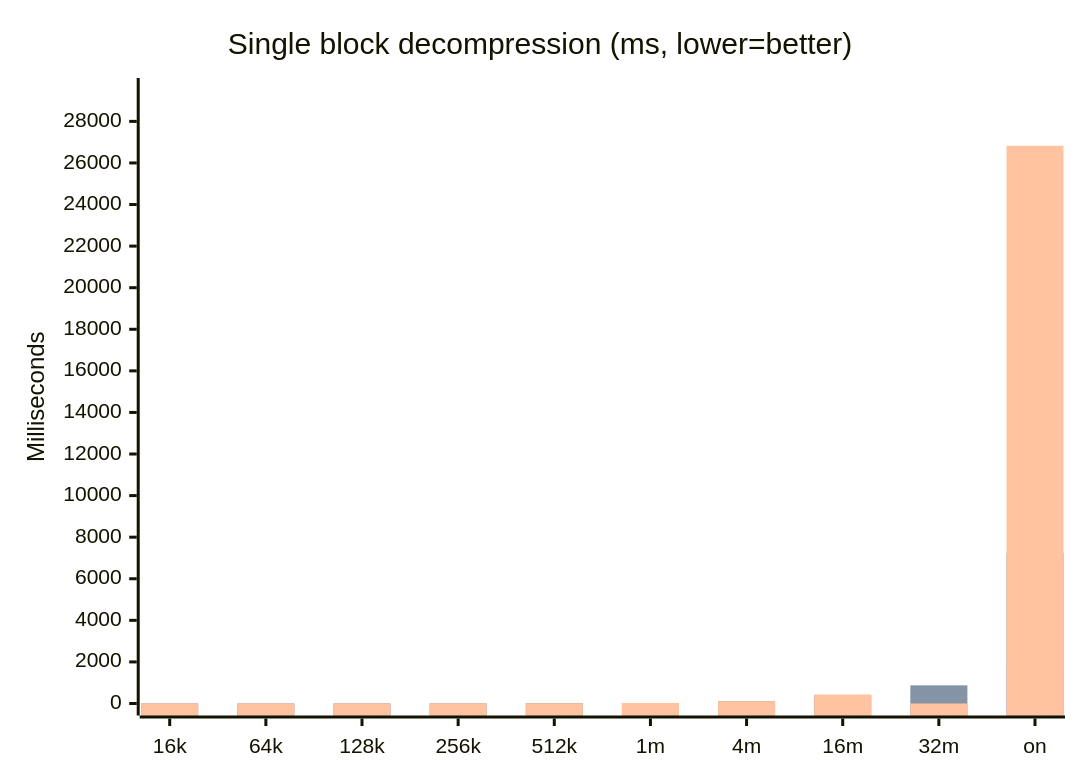
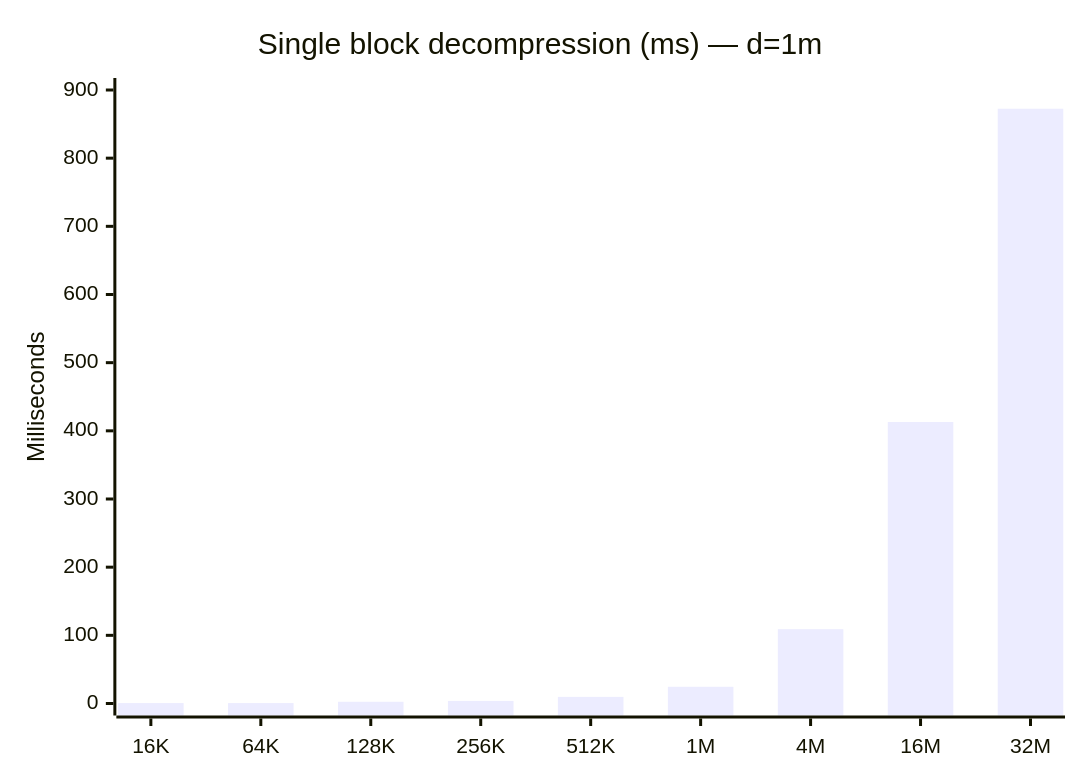
Before and after one commit to alfishe/7z-experiments: the second of 3 diagrams in 7z-benchmark/bench_report.md, drawn with Mermaid. The commit also changed other lines of this file and 1 other file, not shown here.

Commit message:
docs: fix mermaid syntax (inf values, missing data), add dictionary dependency graphs

````diff
--- a/7z-benchmark/bench_report.md
+++ b/7z-benchmark/bench_report.md
@@ -97,9 +95,7 @@
 ```mermaid
 xychart-beta
-    title "Single block decompression (ms, lower=better)"
-    x-axis ["16k", "64k", "128k", "256k", "512k", "1m", "4m", "16m", "32m", "on"]
-    y-axis "Milliseconds" 0 --> 29509
-    bar [0.0, 0.0, 0.0, 3.9, 9.0, 22.9, 97.4, 384.5, 847.9, 1693.1]
-    bar [0.6, 0.6, 2.5, 3.8, 9.7, 24.5, 109.0, 412.9, 872.5, 7250.6]
-    bar [0.5, 0.5, 2.6, 4.0, 9.4, 24.0, 107.8, 428.1, 0.0, 26826.3]
+    title "Single block decompression (ms) — d=1m"
+    x-axis ["16K", "64K", "128K", "256K", "512K", "1M", "4M", "16M", "32M"]
+    y-axis "Milliseconds" 0 --> 900
+    bar [0.6, 0.6, 2.5, 3.8, 9.7, 24.5, 109.0, 412.9, 872.5]
 ```
````
